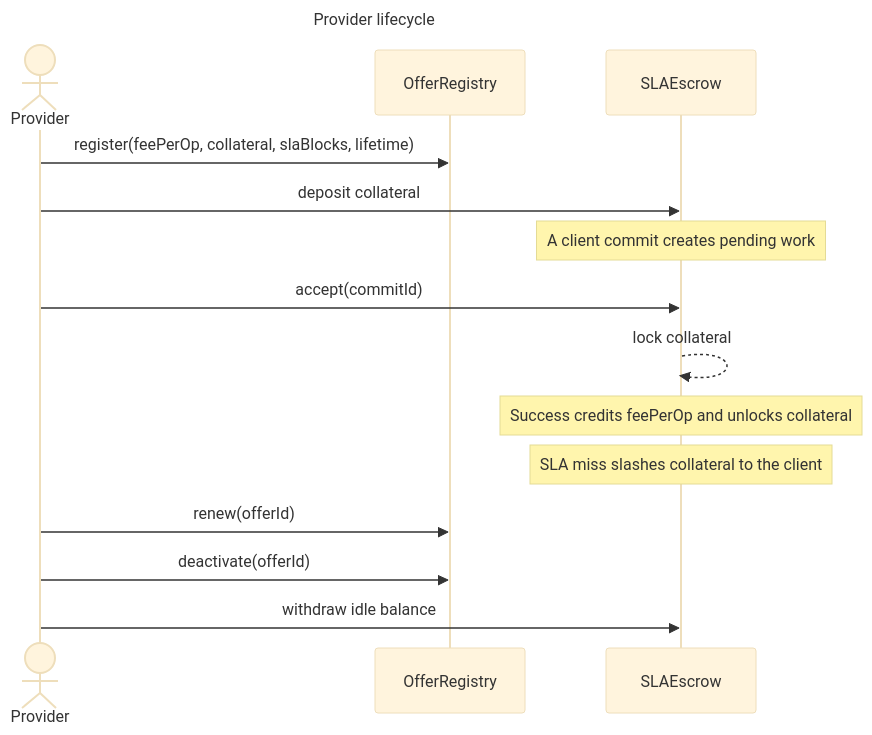
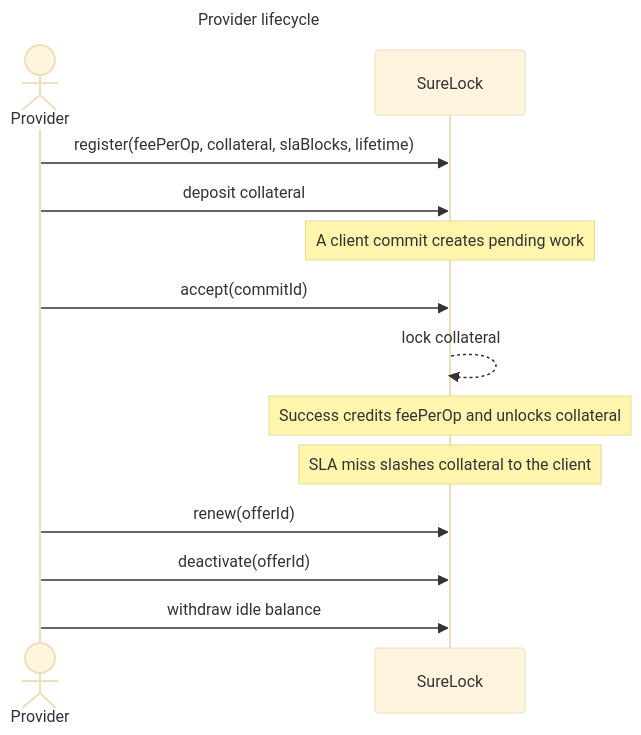
Before and after one commit to surelock-labs/surelock: the first of 5 diagrams in docs/PROTOCOL.md, drawn with Mermaid (base theme). The commit also changed other lines of this file, not shown here.

````diff
--- a/docs/PROTOCOL.md
+++ b/docs/PROTOCOL.md
@@ -21,18 +23,17 @@
 ```mermaid
 sequenceDiagram
     title Provider lifecycle
     actor Provider
-    participant OfferRegistry
-    participant SLAEscrow
+    participant SureLock
 
-    Provider->>OfferRegistry: register(feePerOp, collateral, slaBlocks, lifetime)
-    Provider->>SLAEscrow: deposit collateral
-    Note over SLAEscrow: A client commit creates pending work
-    Provider->>SLAEscrow: accept(commitId)
-    SLAEscrow-->>SLAEscrow: lock collateral
-    Note over SLAEscrow: Success credits feePerOp and unlocks collateral
-    Note over SLAEscrow: SLA miss slashes collateral to the client
-    Provider->>OfferRegistry: renew(offerId)
-    Provider->>OfferRegistry: deactivate(offerId)
-    Provider->>SLAEscrow: withdraw idle balance
+    Provider->>SureLock: register(feePerOp, collateral, slaBlocks, lifetime)
+    Provider->>SureLock: deposit collateral
+    Note over SureLock: A client commit creates pending work
+    Provider->>SureLock: accept(commitId)
+    SureLock-->>SureLock: lock collateral
+    Note over SureLock: Success credits feePerOp and unlocks collateral
+    Note over SureLock: SLA miss slashes collateral to the client
+    Provider->>SureLock: renew(offerId)
+    Provider->>SureLock: deactivate(offerId)
+    Provider->>SureLock: withdraw idle balance
 ```
````
